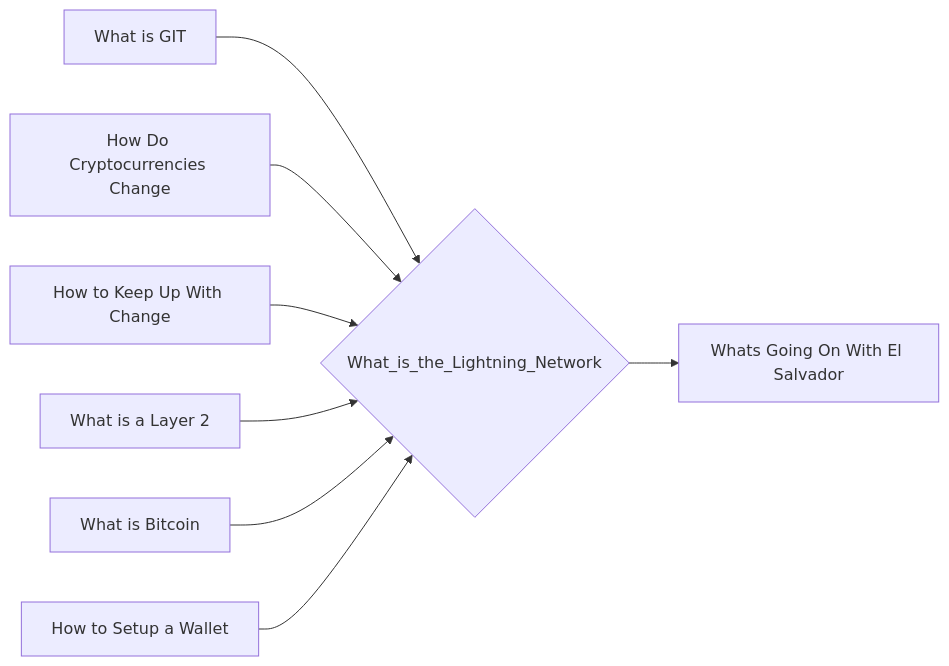
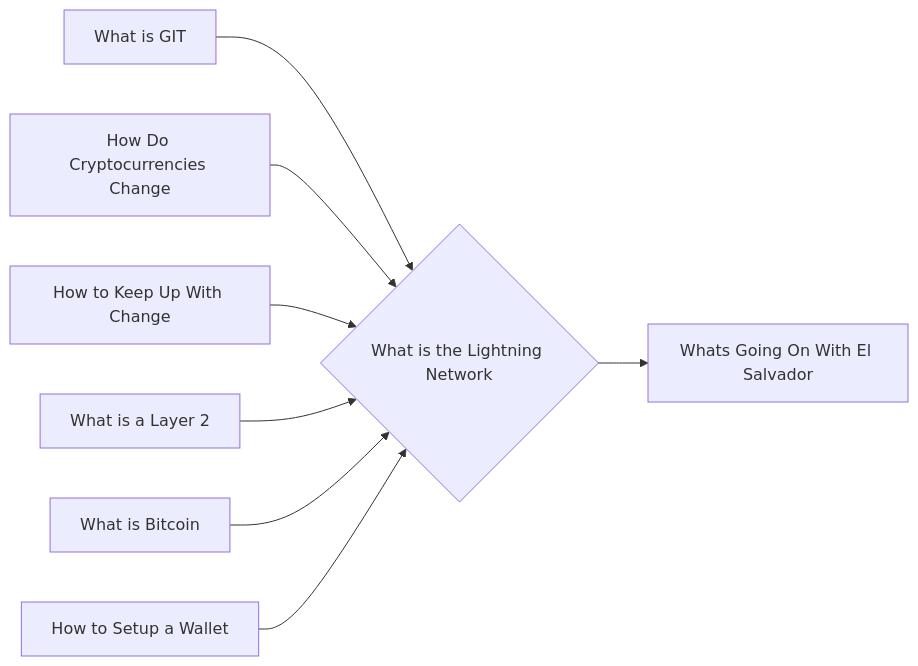
One commit to lpurdy01/crypto-knowledge-map changed the diagram in notes/What_is_the_Lightning_Network.md. Above: the diagram before and after it, drawn with Mermaid. The commit also changed 58 other files, not shown here.

````diff
--- a/notes/What_is_the_Lightning_Network.md
+++ b/notes/What_is_the_Lightning_Network.md
@@ -21,10 +21,10 @@
 ```mermaid
 graph LR
-1["What is GIT"]-->0{"What_is_the_Lightning_Network"}
-2["How Do Cryptocurrencies Change"]-->0{"What_is_the_Lightning_Network"}
-3["How to Keep Up With Change"]-->0{"What_is_the_Lightning_Network"}
-4["What is a Layer 2"]-->0{"What_is_the_Lightning_Network"}
-5["What is Bitcoin"]-->0{"What_is_the_Lightning_Network"}
-6["How to Setup a Wallet"]-->0{"What_is_the_Lightning_Network"}
-0{"What_is_the_Lightning_Network"}-->7["Whats Going On With El Salvador"]
+1["What is GIT"]-->0{"What is the Lightning Network"}
+2["How Do Cryptocurrencies Change"]-->0{"What is the Lightning Network"}
+3["How to Keep Up With Change"]-->0{"What is the Lightning Network"}
+4["What is a Layer 2"]-->0{"What is the Lightning Network"}
+5["What is Bitcoin"]-->0{"What is the Lightning Network"}
+6["How to Setup a Wallet"]-->0{"What is the Lightning Network"}
+0{"What is the Lightning Network"}-->7["Whats Going On With El Salvador"]
 ```
````
